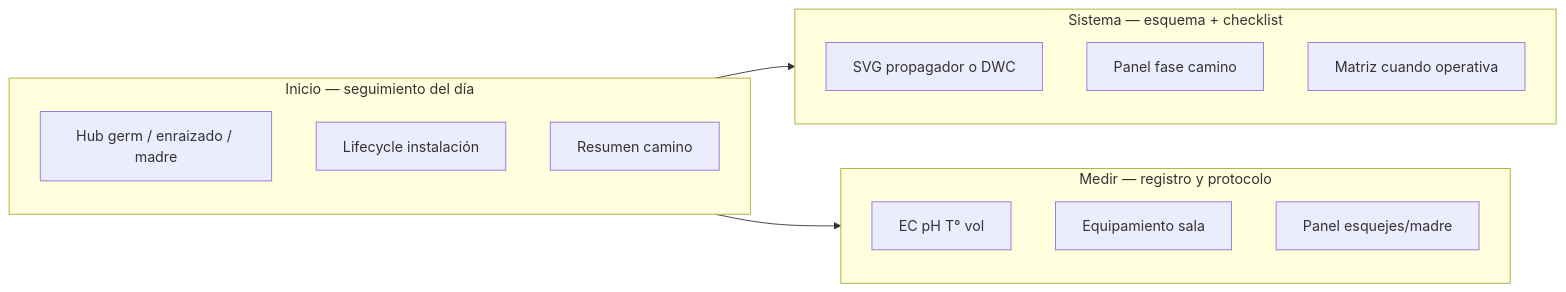
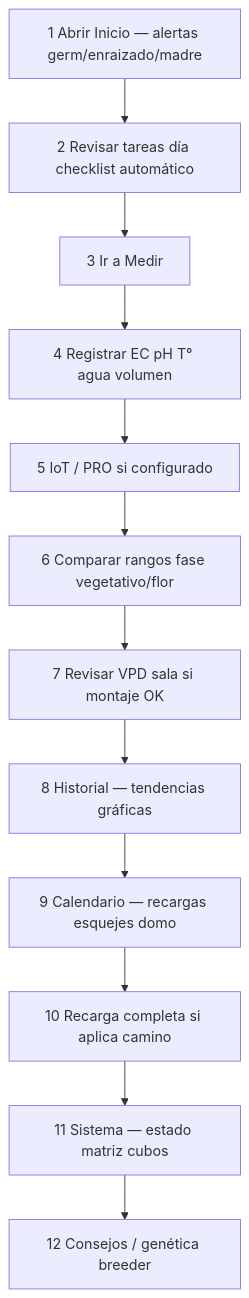
One commit to Debrin77/HidroGrow-web changed diagram 11 of 11 in docs/diagrama-flujo-hidrogrow.md. Above: the diagram before and after it, drawn with Mermaid. The commit also changed other lines of this file, not shown here.

First line of the commit message:
docs: diagrama de flujo completo con todos los pasos por camino

````diff
--- a/docs/diagrama-flujo-hidrogrow.md
+++ b/docs/diagrama-flujo-hidrogrow.md
@@ -181,20 +412,16 @@
 ```mermaid
-flowchart LR
-  subgraph INICIO[Inicio — seguimiento del día]
-    I1[Hub germ / enraizado / madre]
-    I2[Lifecycle instalación]
-    I3[Resumen camino]
-  end
-  subgraph SISTEMA[Sistema — esquema + checklist]
-    S1[SVG propagador o DWC]
-    S2[Panel fase camino]
-    S3[Matriz cuando operativa]
-  end
-  subgraph MEDIR[Medir — registro y protocolo]
-    M1[EC pH T° vol]
-    M2[Equipamiento sala]
-    M3[Panel esquejes/madre]
-  end
-  INICIO --> SISTEMA
-  INICIO --> MEDIR
+flowchart TD
+  O1[1 Abrir Inicio — alertas germ/enraizado/madre]
+  O2[2 Revisar tareas día checklist automático]
+  O3[3 Ir a Medir]
+  O4[4 Registrar EC pH T° agua volumen]
+  O5[5 IoT / PRO si configurado]
+  O6[6 Comparar rangos fase vegetativo/flor]
+  O7[7 Revisar VPD sala si montaje OK]
+  O8[8 Historial — tendencias gráficas]
+  O9[9 Calendario — recargas esquejes domo]
+  O10[10 Recarga completa si aplica camino]
+  O11[11 Sistema — estado matriz cubos]
+  O12[12 Consejos / genética breeder]
+  O1 --> O2 --> O3 --> O4 --> O5 --> O6 --> O7 --> O8 --> O9 --> O10 --> O11 --> O12
 ```
````
